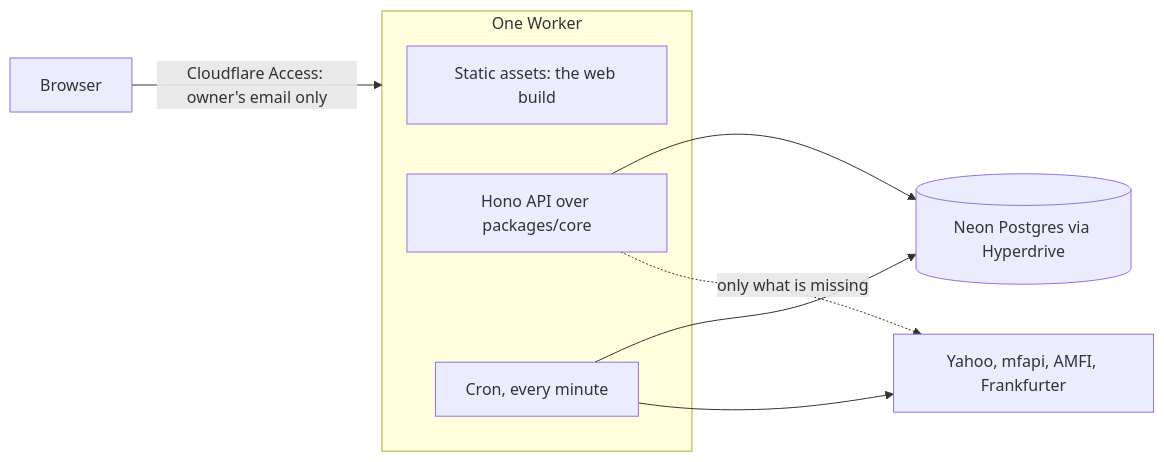
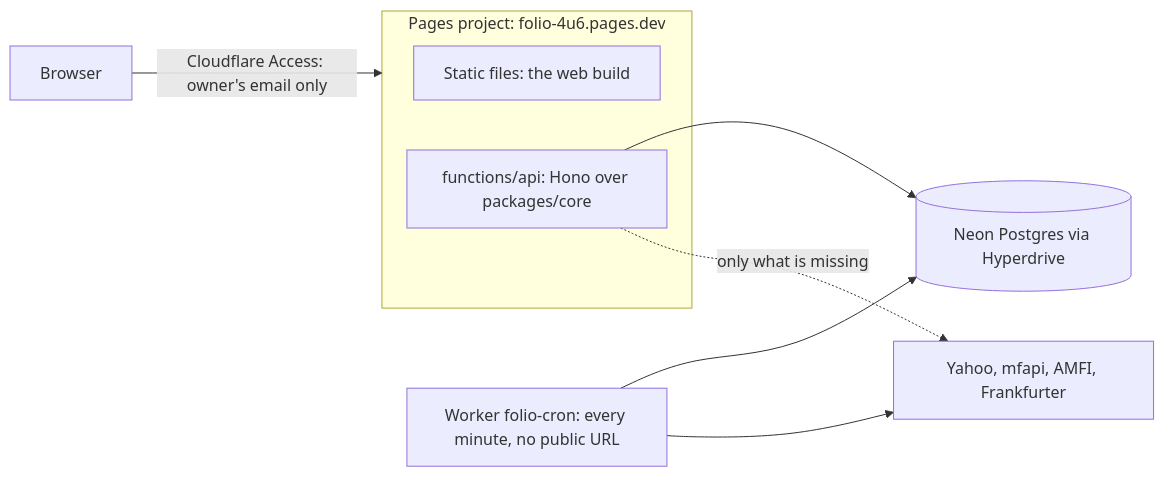
One commit to abhishek-pandey7/Folio-Wealth-Tracker changed the third of 4 diagrams in docs/ARCHITECTURE.md. Above: the diagram before and after it, drawn with Mermaid. The commit also changed other lines of this file and 7 other files, not shown here.

First line of the commit message:
serve folio from cloudflare pages with a separate cron worker

````diff
--- a/docs/ARCHITECTURE.md
+++ b/docs/ARCHITECTURE.md
@@ -336,13 +336,13 @@
 ```mermaid
 flowchart LR
     B[Browser] -->|Cloudflare Access: owner's email only| W
-    subgraph W[One Worker]
-      A[Static assets: the web build]
-      H[Hono API over packages/core]
-      C[Cron, every minute]
+    subgraph W[Pages project: folio-4u6.pages.dev]
+      A[Static files: the web build]
+      H[functions/api: Hono over packages/core]
     end
+    C[Worker folio-cron: every minute, no public URL]
     H --> P[(Neon Postgres via Hyperdrive)]
     C --> P
     C --> Y[Yahoo, mfapi, AMFI, Frankfurter]
     H -. only what is missing .-> Y
 ```
````
